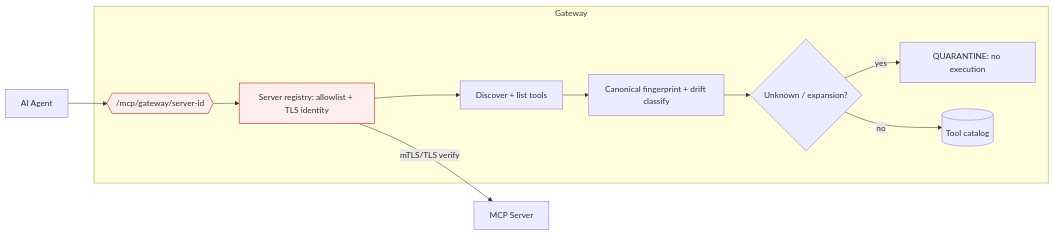
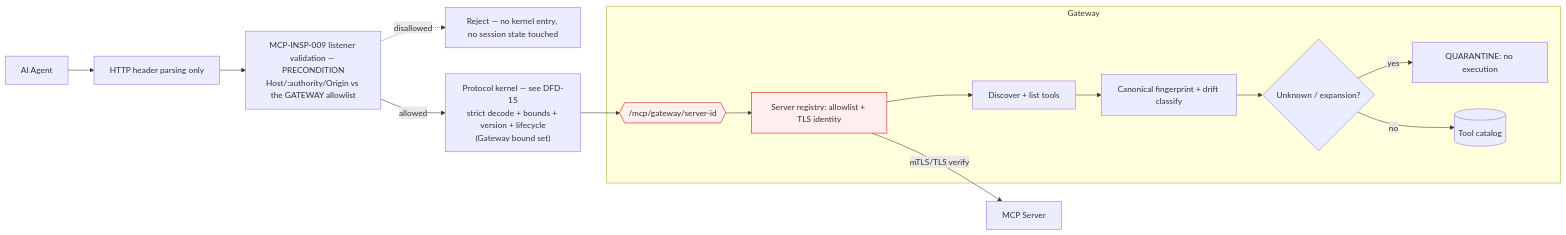
One commit to KidCarmi/Culvert changed the fourth of 15 diagrams in docs/design/mcp/DATA-FLOW-DIAGRAMS.md. Above: the diagram before and after it, drawn with Mermaid. The commit also changed other lines of this file and 5 other files, not shown here.

````diff
--- a/docs/design/mcp/DATA-FLOW-DIAGRAMS.md
+++ b/docs/design/mcp/DATA-FLOW-DIAGRAMS.md
@@ -83,15 +83,18 @@
 ```mermaid
 flowchart LR
-  A[AI Agent] --> G{{/mcp/gateway/server-id}}
+  A[AI Agent] --> HDR4["HTTP header parsing only"] --> HV4["MCP-INSP-009 listener validation — PRECONDITION<br/>Host/:authority/Origin vs the GATEWAY allowlist"]
+  HV4 -.disallowed.-> HVX4["Reject — no kernel entry, no session state touched"]
+  HV4 -->|allowed| K15G["Protocol kernel — see DFD-15<br/>strict decode + bounds + version + lifecycle<br/>(Gateway bound set)"]
+  K15G --> G{{/mcp/gateway/server-id}}
   subgraph Gateway
     G --> REG[Server registry: allowlist + TLS identity]
     REG --> DISC[Discover + list tools]
     DISC --> FP[Canonical fingerprint + drift classify]
     FP --> Q{Unknown / expansion?}
     Q -- yes --> QUAR[QUARANTINE: no execution]
     Q -- no --> CAT[(Tool catalog)]
   end
   REG -- mTLS/TLS verify --> S[MCP Server]
   classDef tb fill:#fee,stroke:#c00;
   class G,REG tb
 ```
````
